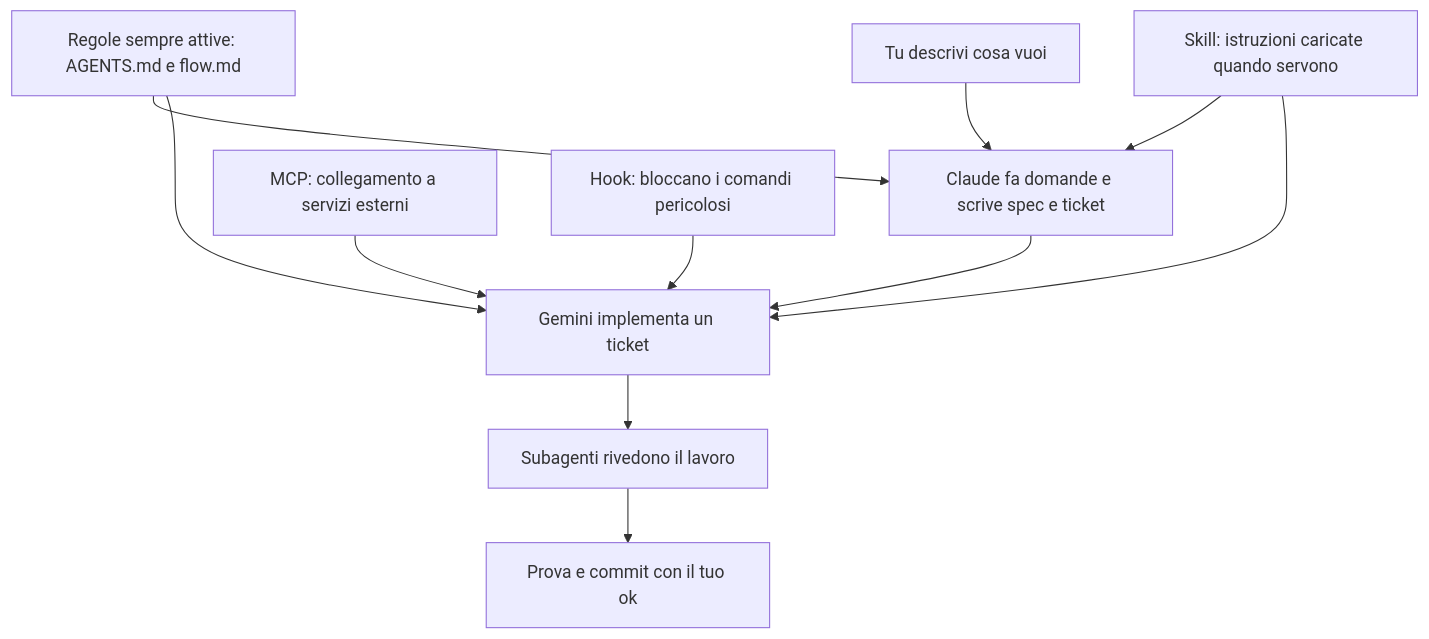
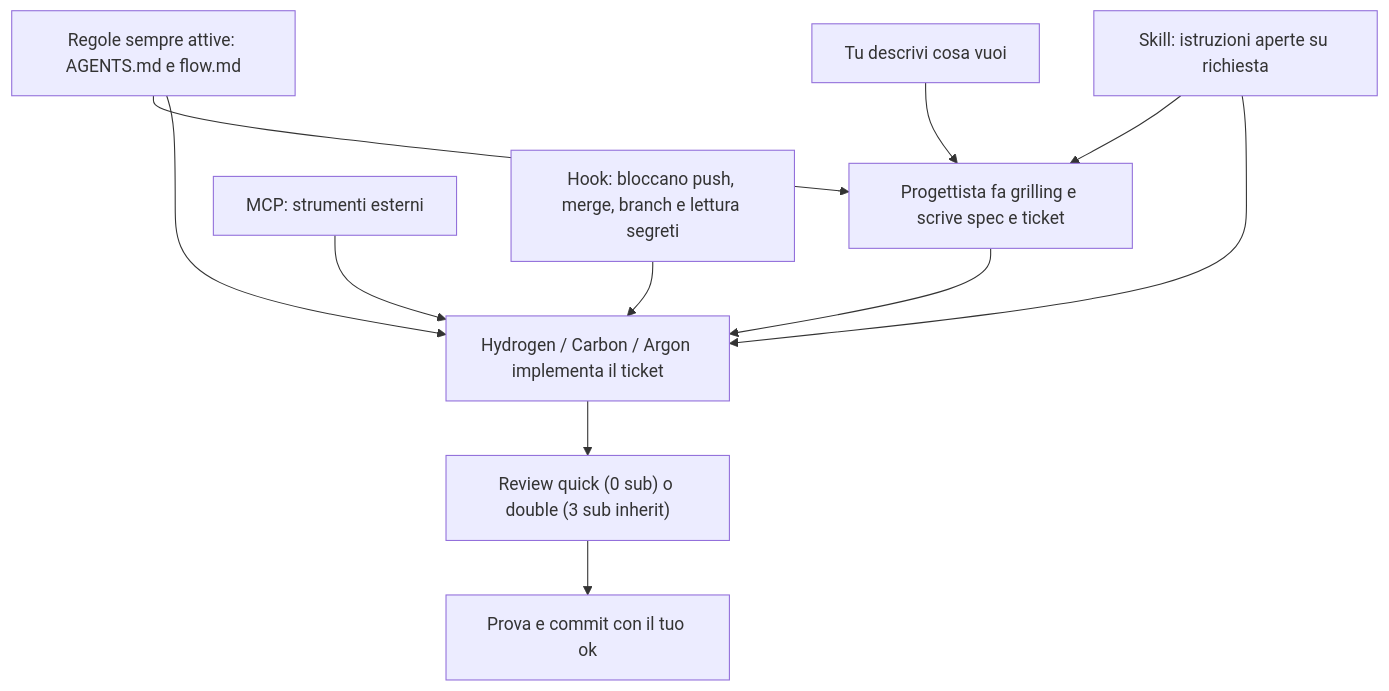
The diagram in GUIDE.md (justpeppe/just-develop), drawn with Mermaid before and after one commit. The commit also changed other lines of this file and 40 other files, not shown here.

Commit message:
feat(flow): allinea flusso universale v2, hook di sync e controlli cross-pc

````diff
--- a/GUIDE.md
+++ b/GUIDE.md
@@ -73,13 +77,13 @@
 ```mermaid
 flowchart TD
-    A["Tu descrivi cosa vuoi"] --> B["Claude fa domande e scrive spec e ticket"]
+    A["Tu descrivi cosa vuoi"] --> B["Progettista fa grilling e scrive spec e ticket"]
     R["Regole sempre attive: AGENTS.md e flow.md"] --> B
     R --> C
-    S["Skill: istruzioni caricate quando servono"] --> B
+    S["Skill: istruzioni aperte su richiesta"] --> B
     S --> C
-    B --> C["Gemini implementa un ticket"]
-    M["MCP: collegamento a servizi esterni"] --> C
-    H["Hook: bloccano i comandi pericolosi"] --> C
-    C --> D["Subagenti rivedono il lavoro"]
+    B --> C["Hydrogen / Carbon / Argon implementa il ticket"]
+    M["MCP: strumenti esterni"] --> C
+    H["Hook: bloccano push, merge, branch e lettura segreti"] --> C
+    C --> D["Review quick (0 sub) o double (3 sub inherit)"]
     D --> E["Prova e commit con il tuo ok"]
 ```
````
